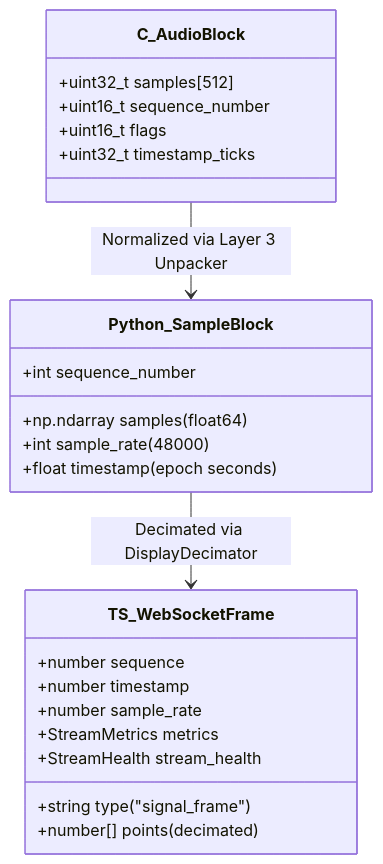
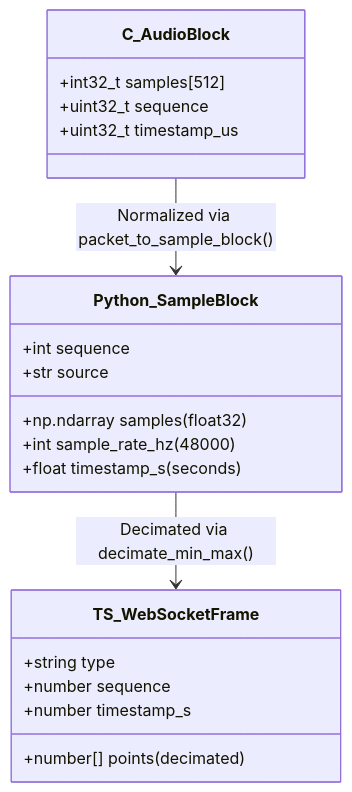
The diagram in docs/engineering/code-atlas/CROSS_LANGUAGE_DATA_CONTRACTS.md (egecagintepe/ausculta-forge), drawn with Mermaid before and after one commit. The commit also changed other lines of this file and 38 other files, not shown here.

````diff
--- a/docs/engineering/code-atlas/CROSS_LANGUAGE_DATA_CONTRACTS.md
+++ b/docs/engineering/code-atlas/CROSS_LANGUAGE_DATA_CONTRACTS.md
@@ -27,29 +27,26 @@
 ```mermaid
 classDiagram
     class C_AudioBlock {
-        +uint32_t samples[512]
-        +uint16_t sequence_number
-        +uint16_t flags
-        +uint32_t timestamp_ticks
+        +int32_t samples[512]
+        +uint32_t sequence
+        +uint32_t timestamp_us
     }
 
     class Python_SampleBlock {
-        +np.ndarray samples (float64)
-        +int sample_rate (48000)
-        +float timestamp (epoch seconds)
-        +int sequence_number
+        +np.ndarray samples (float32)
+        +int sample_rate_hz (48000)
+        +float timestamp_s (seconds)
+        +int sequence
+        +str source
     }
 
     class TS_WebSocketFrame {
-        +string type ("signal_frame")
+        +string type
         +number sequence
-        +number timestamp
-        +number sample_rate
+        +number timestamp_s
         +number[] points (decimated)
-        +StreamMetrics metrics
-        +StreamHealth stream_health
     }
 
-    C_AudioBlock --> Python_SampleBlock : Normalized via Layer 3 Unpacker
-    Python_SampleBlock --> TS_WebSocketFrame : Decimated via DisplayDecimator
+    C_AudioBlock --> Python_SampleBlock : Normalized via packet_to_sample_block()
+    Python_SampleBlock --> TS_WebSocketFrame : Decimated via decimate_min_max()
 ```
````
